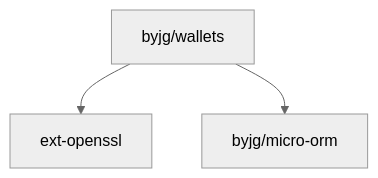
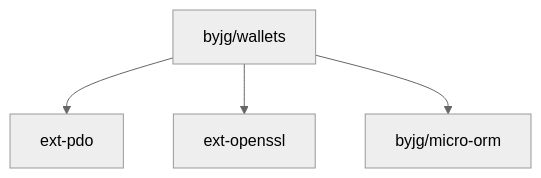
The diagram in README.md (byjg/php-wallets), drawn with Mermaid (neutral theme) before and after one commit. The commit also changed other lines of this file and 10 other files, not shown here.

````diff
--- a/README.md
+++ b/README.md
@@ -86,5 +261,6 @@
-```mermaid  
-flowchart TD  
+```mermaid
+flowchart TD
+    byjg/wallets --> ext-pdo
     byjg/wallets --> ext-openssl
     byjg/wallets --> byjg/micro-orm
 ```
````
